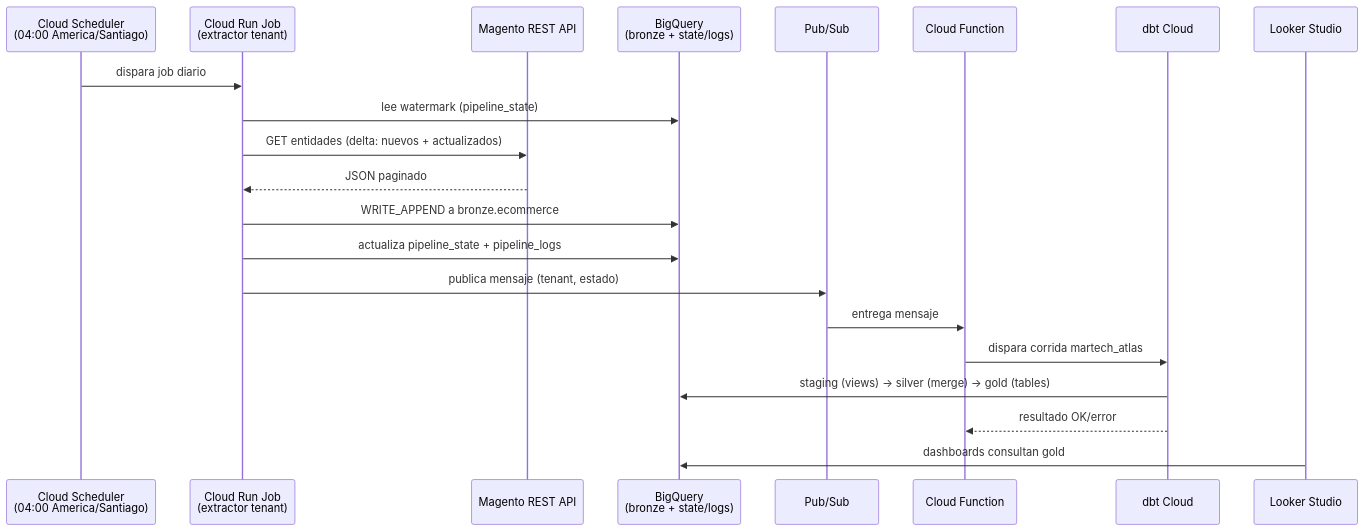
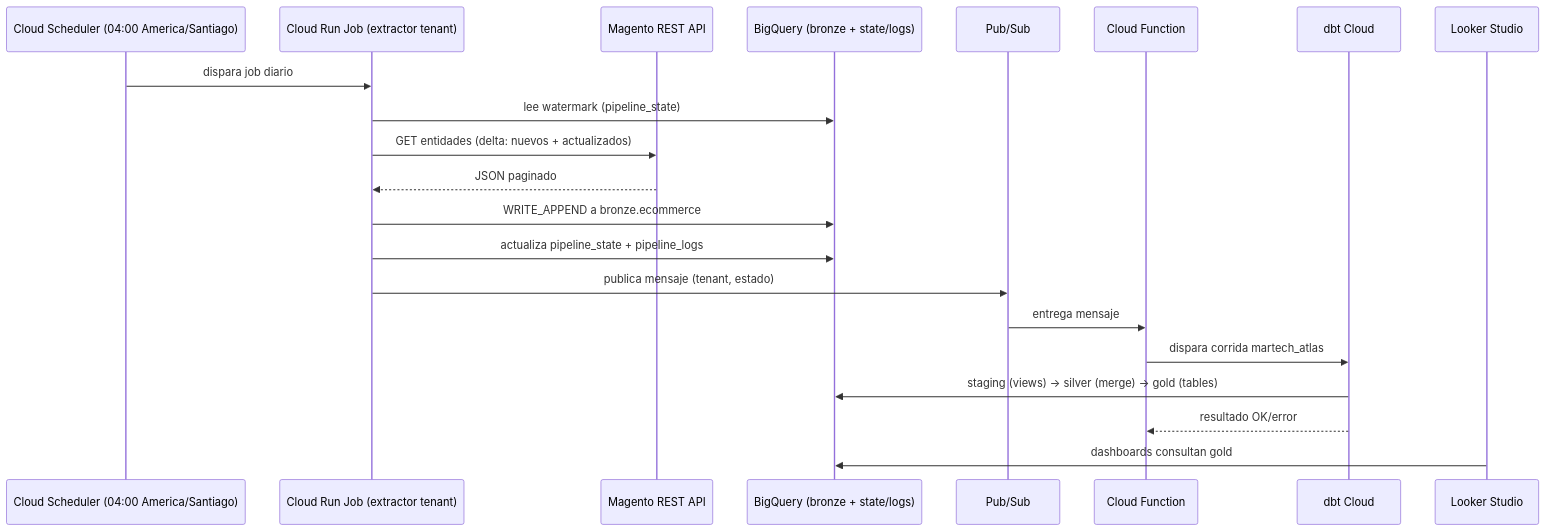
Before and after one commit to JeanPontigo/Martech: the second of 3 diagrams in docs/diagramas-uml.md, drawn with Mermaid. The commit also changed other lines of this file, not shown here.

Commit message:
docs: corregir sintaxis mermaid en diagramas de secuencia

````diff
--- a/docs/diagramas-uml.md
+++ b/docs/diagramas-uml.md
@@ -48,24 +49,24 @@
 ```mermaid
 sequenceDiagram
-    participant S as Cloud Scheduler<br/>(04:00 America/Santiago)
-    participant R as Cloud Run Job<br/>(extractor tenant)
+    participant S as Cloud Scheduler (04:00 America/Santiago)
+    participant R as Cloud Run Job (extractor tenant)
     participant M as Magento REST API
-    participant B as BigQuery<br/>(bronze + state/logs)
+    participant B as BigQuery (bronze + state/logs)
     participant P as Pub/Sub
     participant F as Cloud Function
     participant D as dbt Cloud
     participant L as Looker Studio
 
     S->>R: dispara job diario
     R->>B: lee watermark (pipeline_state)
     R->>M: GET entidades (delta: nuevos + actualizados)
     M-->>R: JSON paginado
     R->>B: WRITE_APPEND a bronze.ecommerce
     R->>B: actualiza pipeline_state + pipeline_logs
     R->>P: publica mensaje (tenant, estado)
     P->>F: entrega mensaje
     F->>D: dispara corrida martech_atlas
     D->>B: staging (views) → silver (merge) → gold (tables)
     D-->>F: resultado OK/error
     L->>B: dashboards consultan gold
 ```
````
